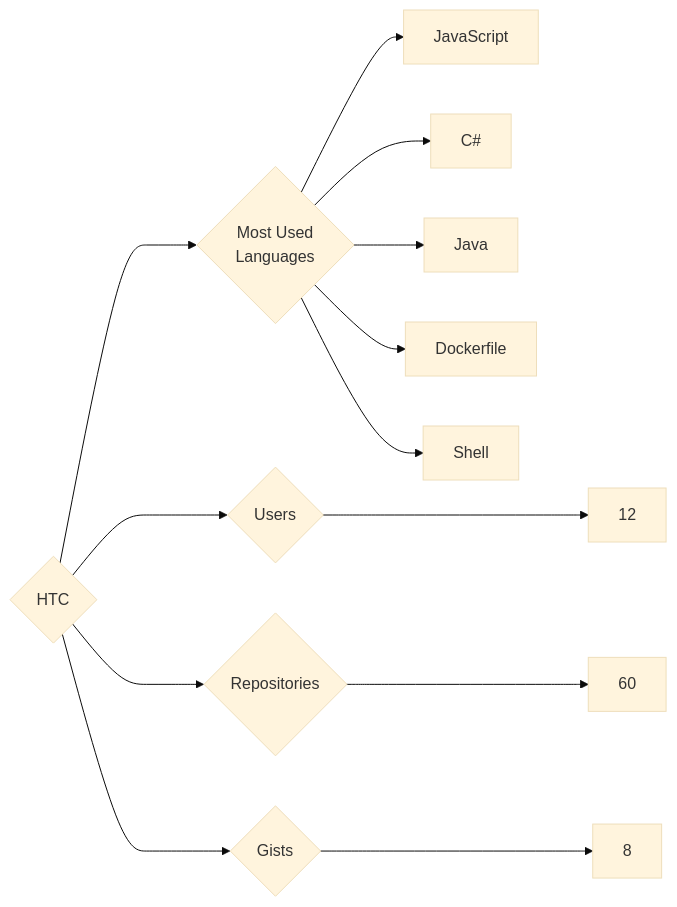
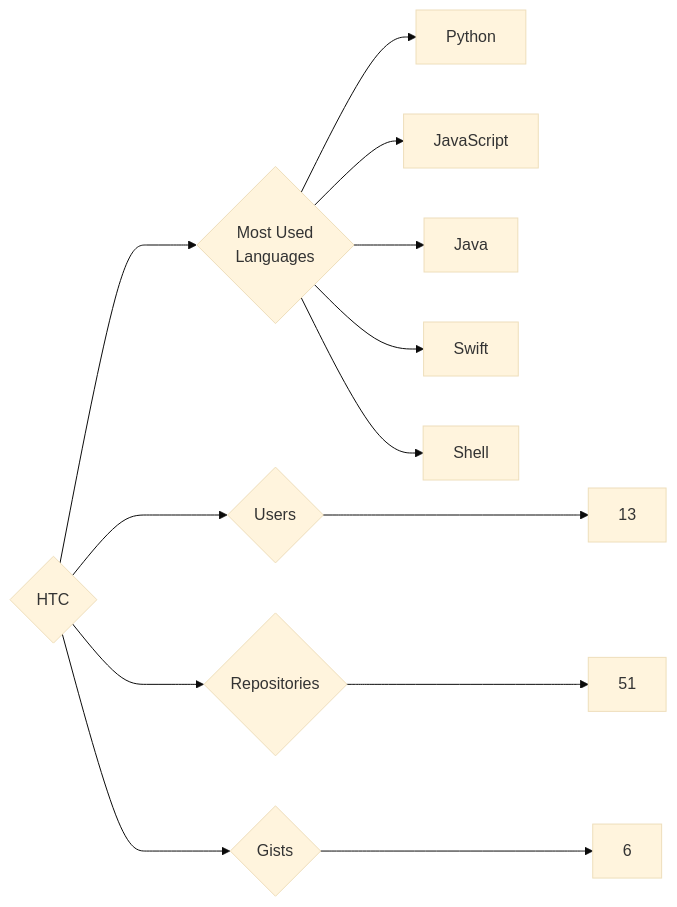
The diagram in targets/HTC/README.md (trickest/insiders), drawn with Mermaid (base theme) before and after one commit. The commit also changed 965 other files, not shown here.

````diff
--- a/targets/HTC/README.md
+++ b/targets/HTC/README.md
@@ -3,13 +3,13 @@
 ```mermaid
 graph LR
 COMPANY_NAME{HTC}
-COMPANY_NAME ---> U{Users} ---> UN[12]
-COMPANY_NAME ---> R{Repositories} ---> RN[60]
-COMPANY_NAME ---> G{Gists} ---> GN[8]
+COMPANY_NAME ---> U{Users} ---> UN[13]
+COMPANY_NAME ---> R{Repositories} ---> RN[51]
+COMPANY_NAME ---> G{Gists} ---> GN[6]
 COMPANY_NAME ---> ML{Most Used<br>Languages}
+ML --> Python[Python]
 ML --> JavaScript[JavaScript]
-ML --> C#[C#]
 ML --> Java[Java]
-ML --> Dockerfile[Dockerfile]
+ML --> Swift[Swift]
 ML --> Shell[Shell]
 ```
````
